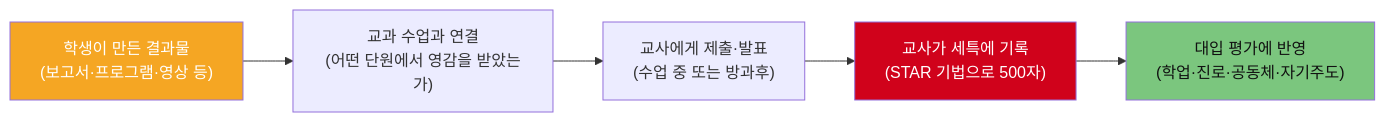
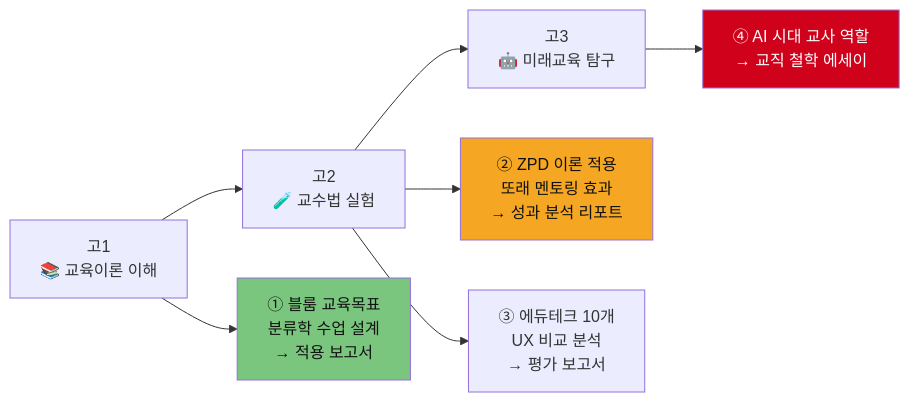
One commit to Collegenie-X/AI-career-path changed the first of 7 diagrams in documents/실전예시/학생부종합_생기부_완전가이드_하.md. Above: the diagram before and after it, drawn with Mermaid. The commit also changed other lines of this file and 12 other files, not shown here.

````diff
--- a/documents/실전예시/학생부종합_생기부_완전가이드_하.md
+++ b/documents/실전예시/학생부종합_생기부_완전가이드_하.md
@@ -398,11 +27,13 @@
 ```mermaid
 flowchart LR
-    A["학생이 만든 결과물<br/>(보고서·프로그램·영상 등)"] --> B["교과 수업과 연결<br/>(어떤 단원에서 영감을 받았는가)"]
-    B --> C["교사에게 제출·발표<br/>(수업 중 또는 방과후)"]
-    C --> D["교사가 세특에 기록<br/>(STAR 기법으로 500자)"]
-    D --> E["대입 평가에 반영<br/>(학업·진로·공동체·자기주도)"]
+    고1["고1<br>📚 교육이론 이해"] --> 고2["고2<br>🧪 교수법 실험"] --> 고3["고3<br>🤖 미래교육 탐구"]
 
-    style A fill:#F5A623,color:#fff
-    style D fill:#D0021B,color:#fff
-    style E fill:#7BC67E,color:#111
+    고1 --> a["① 블룸 교육목표<br>분류학 수업 설계<br>→ 적용 보고서"]
+    고2 --> b["② ZPD 이론 적용<br>또래 멘토링 효과<br>→ 성과 분석 리포트"]
+    고2 --> c["③ 에듀테크 10개<br>UX 비교 분석<br>→ 평가 보고서"]
+    고3 --> d["④ AI 시대 교사 역할<br>→ 교직 철학 에세이"]
+
+    style a fill:#7BC67E,color:#111
+    style b fill:#F5A623,color:#111
+    style d fill:#D0021B,color:#fff
 ```
````
